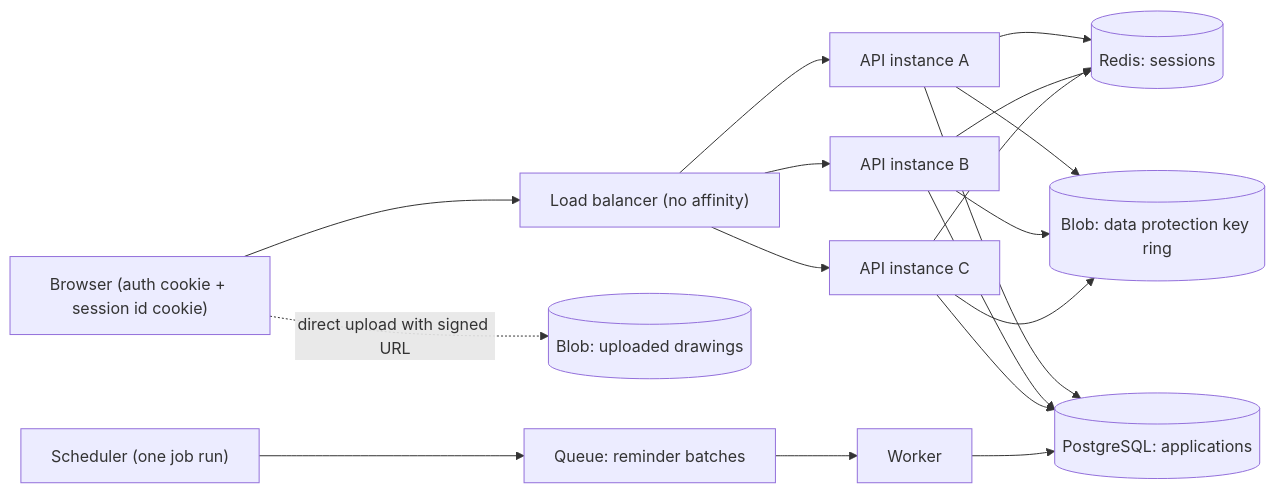
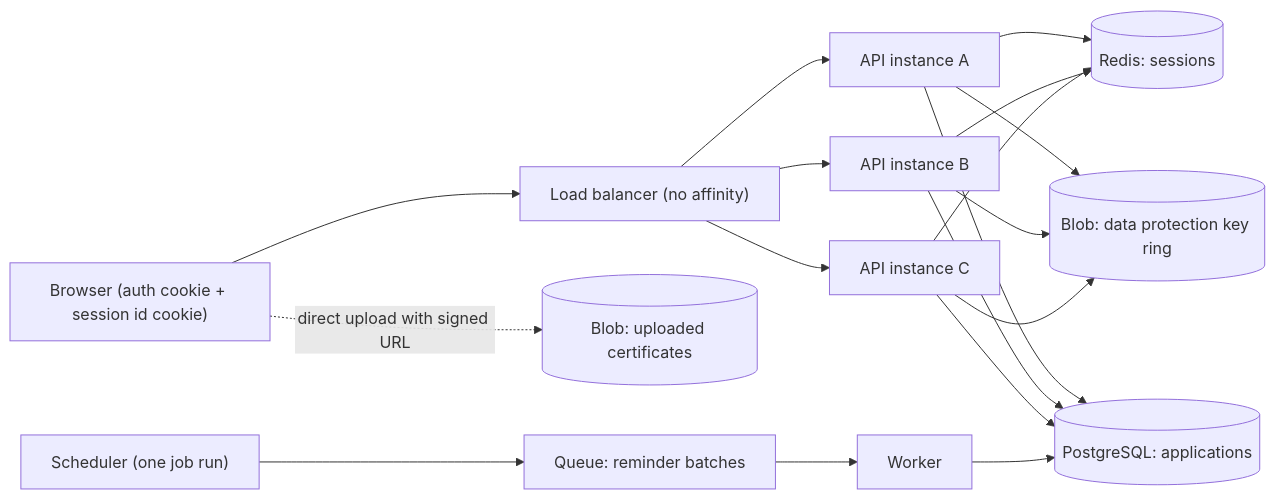
Before and after one commit to rizwi0786/system-design-lab: the first of 2 diagrams in content/lessons/m11/m11-stateless.md, drawn with Mermaid. The commit also changed other lines of this file and 334 other files, not shown here.

````diff
--- a/content/lessons/m11/m11-stateless.md
+++ b/content/lessons/m11/m11-stateless.md
@@ -200,20 +200,20 @@
 ```mermaid
 flowchart LR
     B["Browser (auth cookie + session id cookie)"] --> LB["Load balancer (no affinity)"]
     LB --> A["API instance A"]
     LB --> BB["API instance B"]
     LB --> C["API instance C"]
     A --> R[("Redis: sessions")]
     BB --> R
     C --> R
     A --> K[("Blob: data protection key ring")]
     BB --> K
     C --> K
     A --> PG[("PostgreSQL: applications")]
     BB --> PG
     C --> PG
-    B -. "direct upload with signed URL" .-> OBJ[("Blob: uploaded drawings")]
+    B -. "direct upload with signed URL" .-> OBJ[("Blob: uploaded certificates")]
     S["Scheduler (one job run)"] --> Q["Queue: reminder batches"]
     Q --> W["Worker"]
     W --> PG
 ```
````
